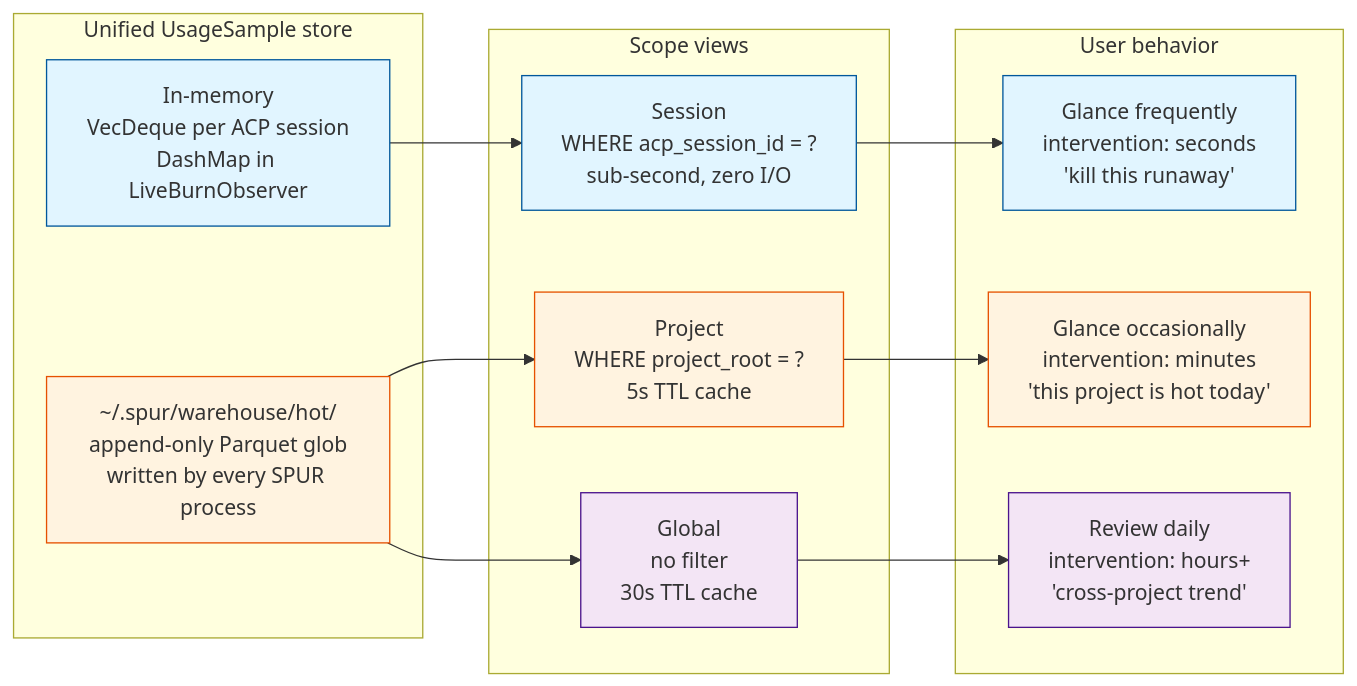
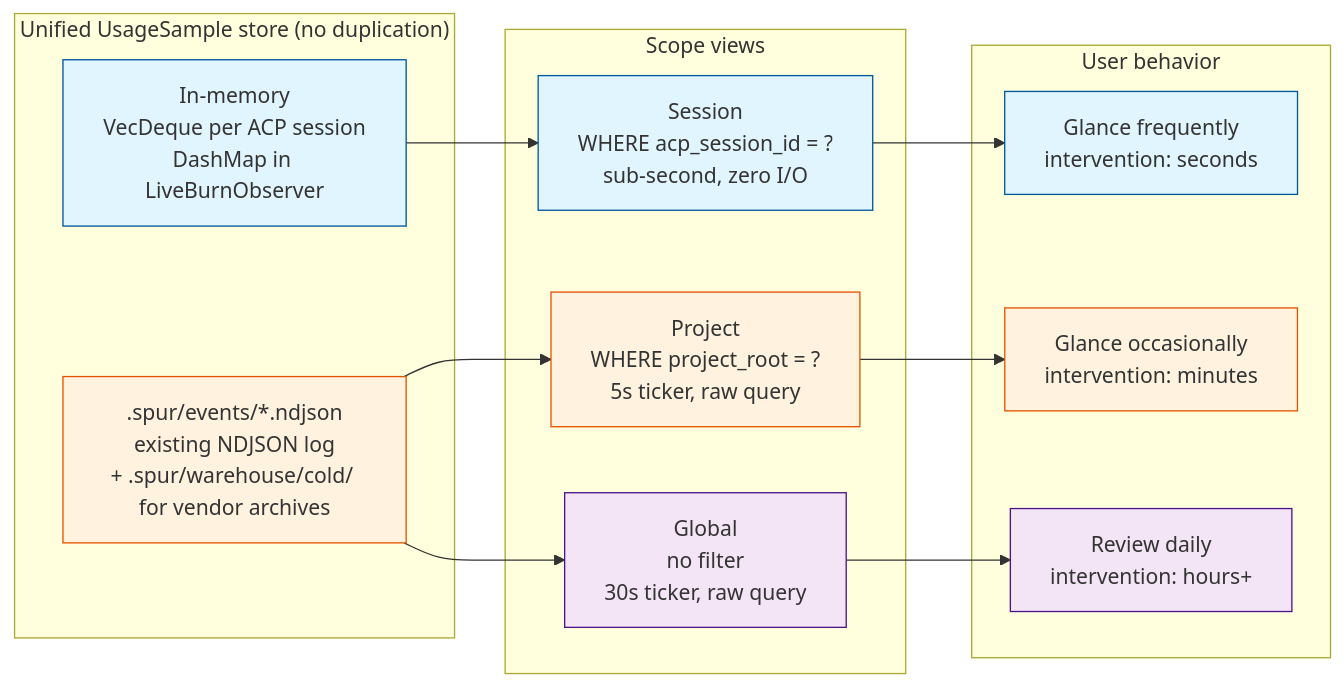
The sixth of 6 diagrams in docs/superpowers/specs/2026-04-18-duckdb-analytics-design.md (getspur/spur), drawn with Mermaid before and after one commit. The commit also changed other lines of this file, not shown here.

````diff
--- a/docs/superpowers/specs/2026-04-18-duckdb-analytics-design.md
+++ b/docs/superpowers/specs/2026-04-18-duckdb-analytics-design.md
@@ -470,34 +529,34 @@
 ```mermaid
 flowchart LR
-  subgraph store["Unified UsageSample store"]
+  subgraph store["Unified UsageSample store (no duplication)"]
     MEM["In-memory<br/>VecDeque per ACP session<br/>DashMap in LiveBurnObserver"]
-    PARQ["~/.spur/warehouse/hot/<br/>append-only Parquet glob<br/>written by every SPUR process"]
+    NDJ[".spur/events/*.ndjson<br/>existing NDJSON log<br/>+ .spur/warehouse/cold/ for vendor archives"]
   end
 
   subgraph scopes["Scope views"]
     S["Session<br/>WHERE acp_session_id = ?<br/>sub-second, zero I/O"]
-    P["Project<br/>WHERE project_root = ?<br/>5s TTL cache"]
-    G["Global<br/>no filter<br/>30s TTL cache"]
+    P["Project<br/>WHERE project_root = ?<br/>5s ticker, raw query"]
+    G["Global<br/>no filter<br/>30s ticker, raw query"]
   end
 
   subgraph behavior["User behavior"]
-    U_S["Glance frequently<br/>intervention: seconds<br/>'kill this runaway'"]
-    U_P["Glance occasionally<br/>intervention: minutes<br/>'this project is hot today'"]
-    U_G["Review daily<br/>intervention: hours+<br/>'cross-project trend'"]
+    U_S["Glance frequently<br/>intervention: seconds"]
+    U_P["Glance occasionally<br/>intervention: minutes"]
+    U_G["Review daily<br/>intervention: hours+"]
   end
 
   MEM --> S
-  PARQ --> P
-  PARQ --> G
+  NDJ --> P
+  NDJ --> G
 
   S --> U_S
   P --> U_P
   G --> U_G
 
   classDef live fill:#e1f5ff,stroke:#01579b
   classDef warm fill:#fff3e0,stroke:#e65100
   classDef cool fill:#f3e5f5,stroke:#4a148c
   class MEM,S,U_S live
-  class PARQ,P,U_P warm
+  class NDJ,P,U_P warm
   class G,U_G cool
 ```
````
